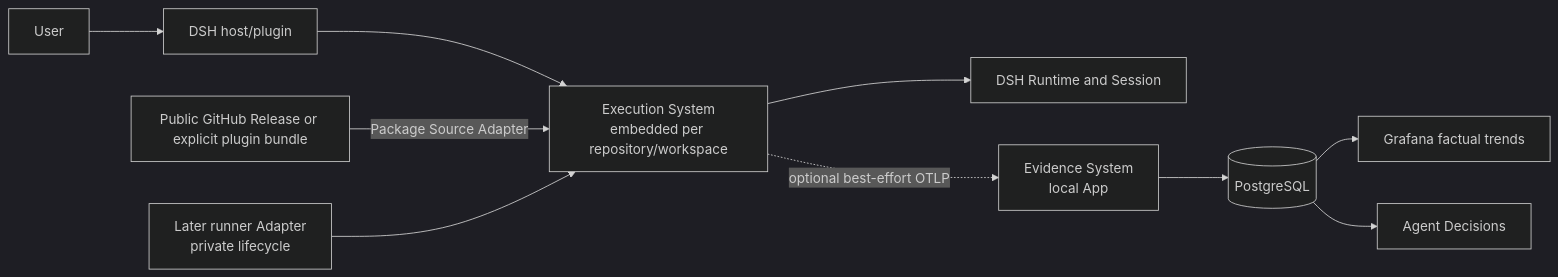
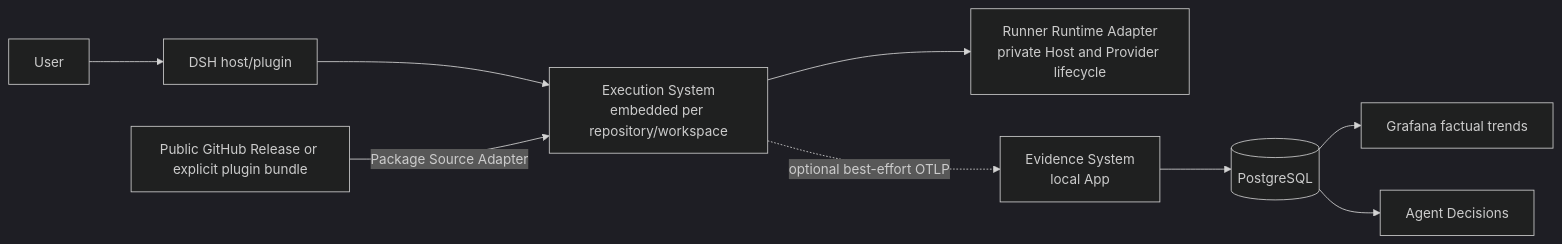
The diagram in docs/agent-architecture.md (firestige/workflow-self-recursive), drawn with Mermaid (dark theme) before and after one commit. The commit also changed other lines of this file and 18 other files, not shown here.

````diff
--- a/docs/agent-architecture.md
+++ b/docs/agent-architecture.md
@@ -44,12 +44,11 @@
 ```mermaid
 flowchart LR
     U["User"] --> H["DSH host/plugin"]
     H --> X["Execution System<br/>embedded per repository/workspace"]
     S["Public GitHub Release or explicit plugin bundle"] -->|"Package Source Adapter"| X
-    X --> R["DSH Runtime and Session"]
+    X --> R["Runner Runtime Adapter<br/>private Host and Provider lifecycle"]
     X -. "optional best-effort OTLP" .-> E["Evidence System<br/>local App"]
     E --> P[("PostgreSQL")]
     P --> G["Grafana factual trends"]
     P --> A["Agent Decisions"]
-    F["Later runner Adapter<br/>private lifecycle"] --> X
 ```
````
